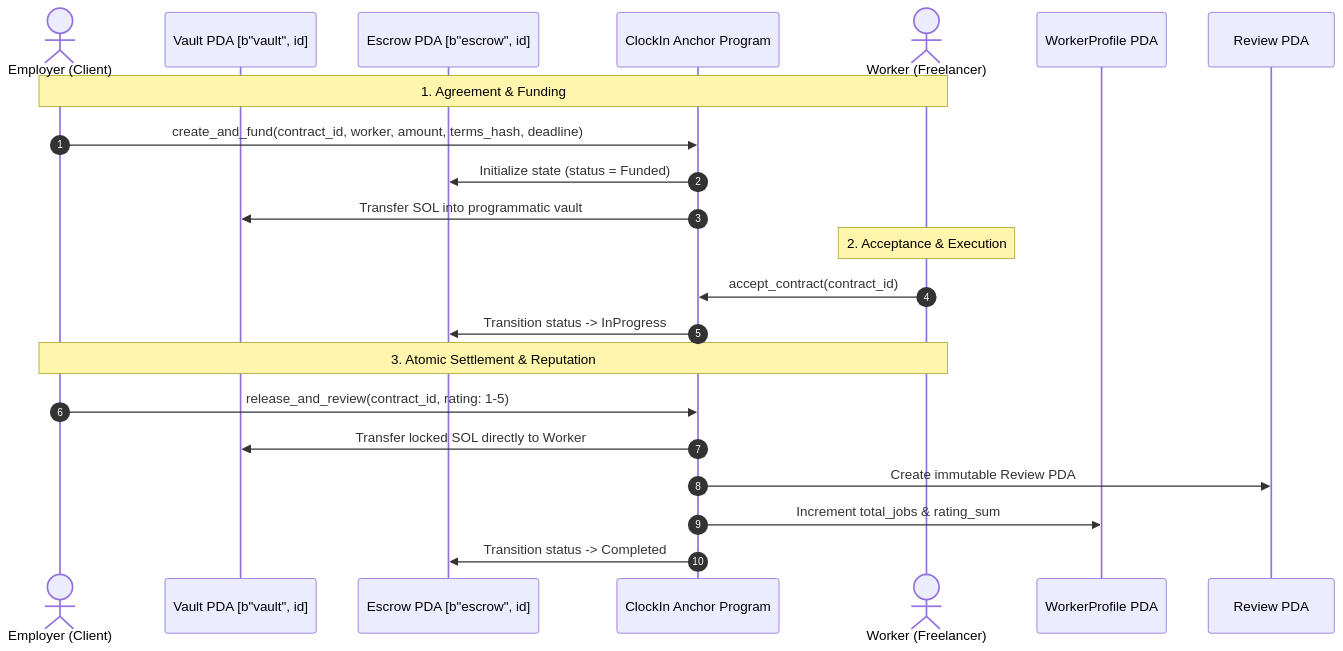
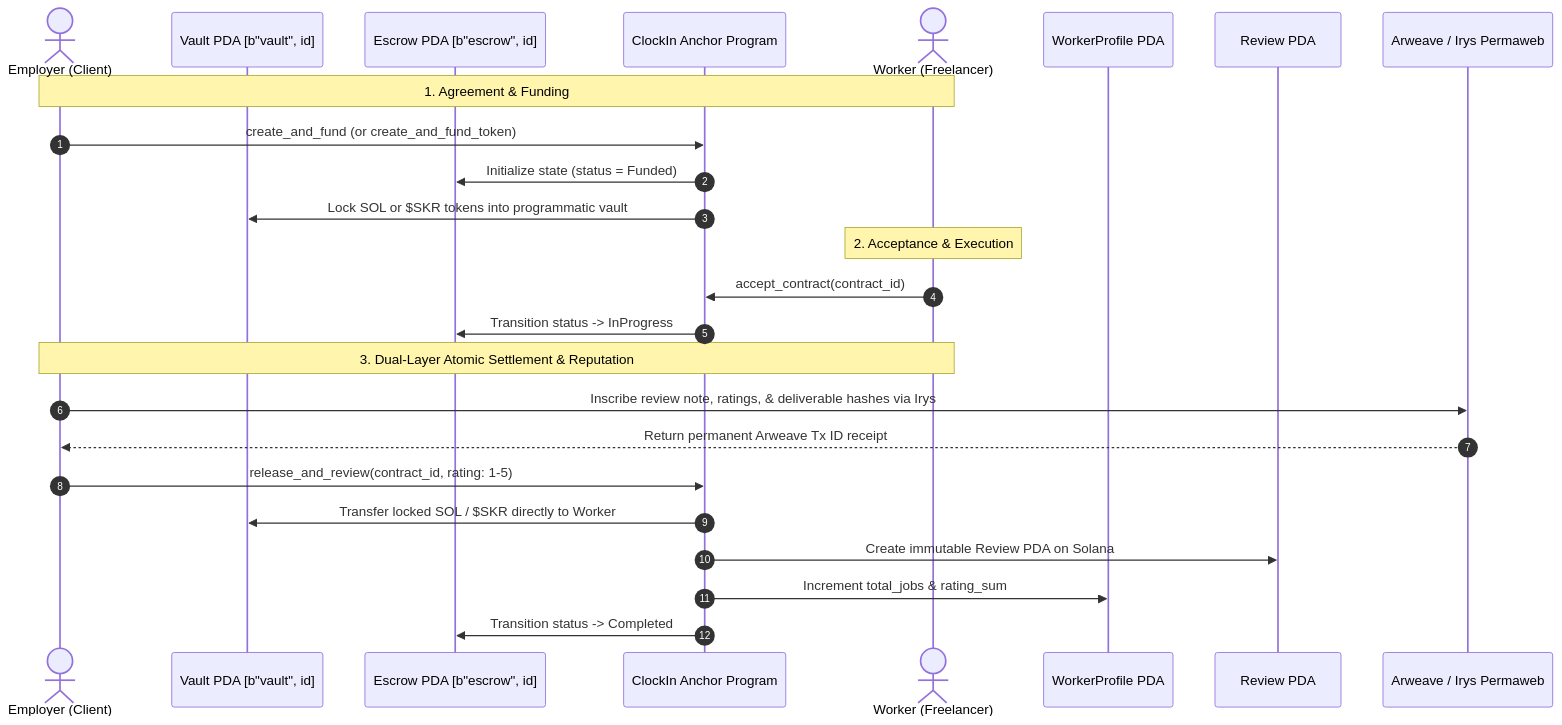
The diagram in README.md (adewuyito/ClockIn), drawn with Mermaid before and after one commit. The commit also changed other lines of this file and 1 other file, not shown here.

Commit message:
Update Pitch Deck and README with Arweave provenance and current protocol metrics

````diff
--- a/README.md
+++ b/README.md
@@ -24,27 +24,30 @@
 ```mermaid
 sequenceDiagram
     autonumber
     actor Employer as Employer (Client)
     participant Vault as Vault PDA [b"vault", id]
     participant Escrow as Escrow PDA [b"escrow", id]
     participant Program as ClockIn Anchor Program
     actor Worker as Worker (Freelancer)
     participant Profile as WorkerProfile PDA
     participant Review as Review PDA
+    participant Arweave as Arweave / Irys Permaweb
 
     Note over Employer,Worker: 1. Agreement & Funding
-    Employer->>Program: create_and_fund(contract_id, worker, amount, terms_hash, deadline)
+    Employer->>Program: create_and_fund (or create_and_fund_token)
     Program->>Escrow: Initialize state (status = Funded)
-    Program->>Vault: Transfer SOL into programmatic vault
+    Program->>Vault: Lock SOL or $SKR tokens into programmatic vault
 
     Note over Worker: 2. Acceptance & Execution
     Worker->>Program: accept_contract(contract_id)
     Program->>Escrow: Transition status -> InProgress
 
-    Note over Employer,Worker: 3. Atomic Settlement & Reputation
+    Note over Employer,Worker: 3. Dual-Layer Atomic Settlement & Reputation
+    Employer->>Arweave: Inscribe review note, ratings, & deliverable hashes via Irys
+    Arweave-->>Employer: Return permanent Arweave Tx ID receipt
     Employer->>Program: release_and_review(contract_id, rating: 1-5)
-    Program->>Vault: Transfer locked SOL directly to Worker
-    Program->>Review: Create immutable Review PDA
+    Program->>Vault: Transfer locked SOL / $SKR directly to Worker
+    Program->>Review: Create immutable Review PDA on Solana
     Program->>Profile: Increment total_jobs & rating_sum
     Program->>Escrow: Transition status -> Completed
 ```
````
